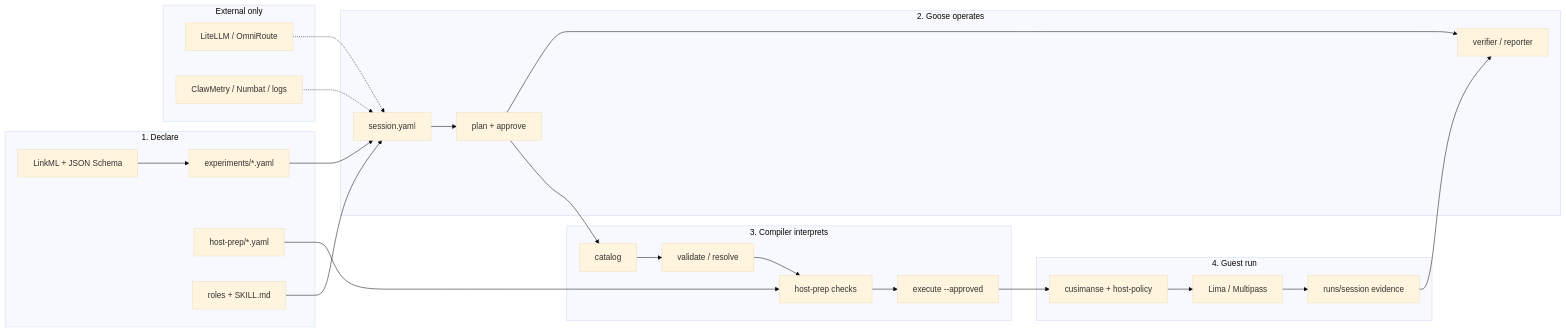
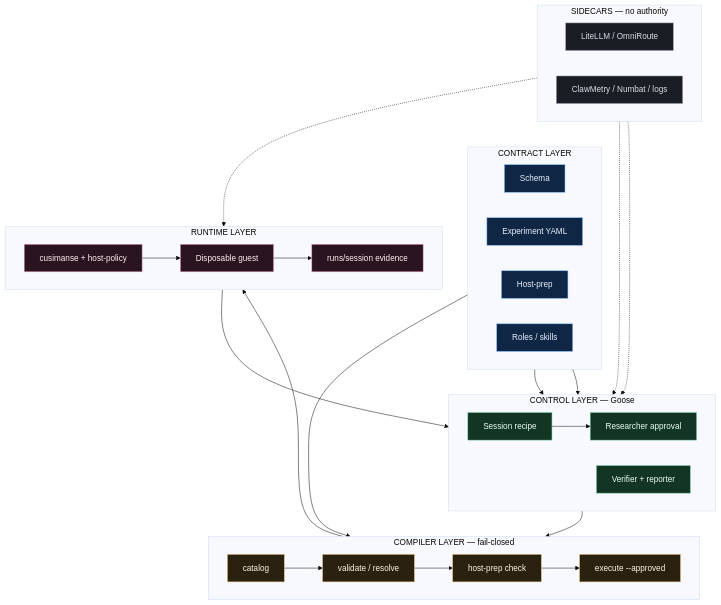
Before and after one commit to Opposum0112/Cusimanse: the diagram in docs/architecture/agentic-native-goose.mmd, drawn with Mermaid (base theme).

Commit message:
docs: layered professional architecture mermaid

```diff
--- a/docs/architecture/agentic-native-goose.mmd
+++ b/docs/architecture/agentic-native-goose.mmd
@@ -1,45 +1,60 @@
-flowchart LR
-  subgraph Declare["1. Declare"]
-    Schema["LinkML + JSON Schema"]
-    Exp["experiments/*.yaml"]
-    Prep["host-prep/*.yaml"]
-    Roles["roles + SKILL.md"]
-    Schema --> Exp
+flowchart TB
+  classDef contract fill:#0f2744,stroke:#7eb6ff,color:#e8f1ff
+  classDef control fill:#123524,stroke:#7dcea0,color:#eafff3
+  classDef compile fill:#2b2110,stroke:#e8c47a,color:#fff6e0
+  classDef runtime fill:#2a1420,stroke:#e8a0b8,color:#ffeef4
+  classDef side fill:#1a1d24,stroke:#9aa3b2,color:#d7dde6
+
+  subgraph CONTRACT["CONTRACT LAYER"]
+    direction LR
+    S["Schema"]
+    E["Experiment YAML"]
+    H["Host-prep"]
+    R["Roles / skills"]
   end
 
-  subgraph Operate["2. Goose operates"]
-    Recipe["session.yaml"]
-    Plan["plan + approve"]
-    Summon["verifier / reporter"]
-    Recipe --> Plan
-    Plan --> Summon
+  subgraph CONTROL["CONTROL LAYER — Goose"]
+    direction LR
+    G["Session recipe"]
+    AP["Researcher approval"]
+    VR["Verifier + reporter"]
   end
 
-  subgraph Compile["3. Compiler interprets"]
-    Cat["catalog"]
-    Val["validate / resolve"]
-    HP["host-prep checks"]
-    Ex["execute --approved"]
-    Cat --> Val --> HP --> Ex
+  subgraph COMPILE["COMPILER LAYER — fail-closed"]
+    direction LR
+    CA["catalog"]
+    VA["validate / resolve"]
+    HP["host-prep check"]
+    EX["execute --approved"]
   end
 
-  subgraph Run["4. Guest run"]
-    Engine["cusimanse + host-policy"]
-    VM["Lima / Multipass"]
-    Ev["runs/session evidence"]
-    Engine --> VM --> Ev
+  subgraph RUNTIME["RUNTIME LAYER"]
+    direction LR
+    EN["cusimanse + host-policy"]
+    VM["Disposable guest"]
+    EV["runs/session evidence"]
   end
 
-  subgraph Side["External only"]
+  subgraph SIDE["SIDECARS — no authority"]
+    direction LR
     GW["LiteLLM / OmniRoute"]
-    Obs["ClawMetry / Numbat / logs"]
+    OB["ClawMetry / Numbat / logs"]
   end
 
-  Exp --> Recipe
-  Roles --> Recipe
-  Prep --> HP
-  Plan --> Cat
-  Ex --> Engine
-  Ev --> Summon
-  GW -.-> Recipe
-  Obs -.-> Recipe
+  E --> G
+  R --> G
+  H --> HP
+  G --> AP
+  AP --> CA
+  CA --> VA --> HP --> EX
+  EX --> EN --> VM --> EV
+  EV --> VR
+  GW -.-> G
+  OB -.-> G
+  OB -.-> EV
+
+  class S,E,H,R contract
+  class G,AP,VR control
+  class CA,VA,HP,EX compile
+  class EN,VM,EV runtime
+  class GW,OB side
```
